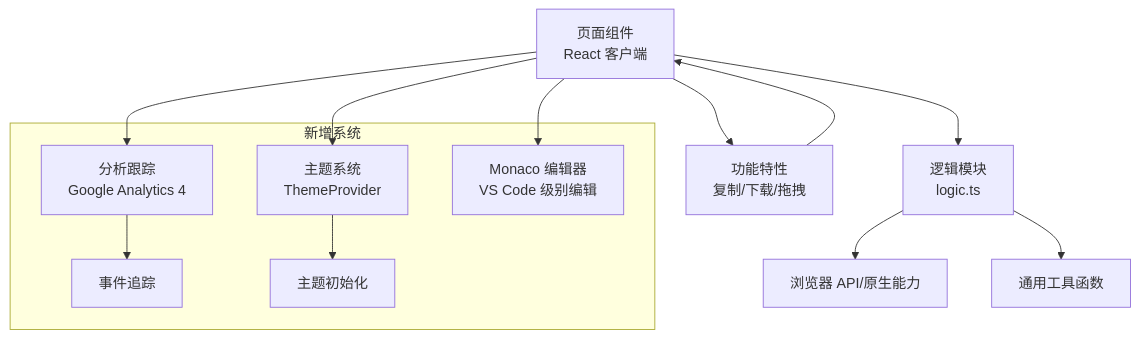
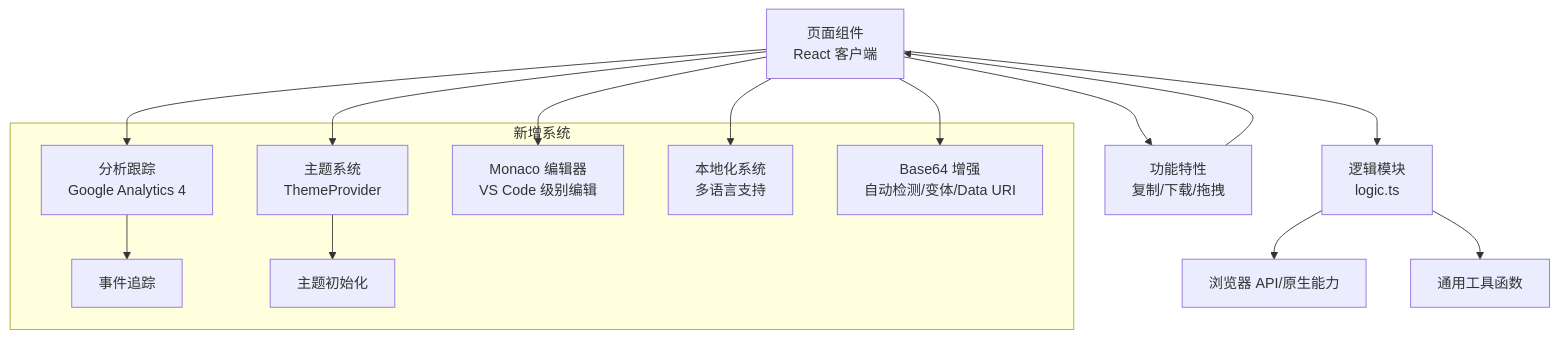
One commit to sgyy/privadeck changed the second of 3 diagrams in .qoder/repowiki/zh/content/开发者工具/开发者工具.md. Above: the diagram before and after it, drawn with Mermaid. The commit also changed other lines of this file and 5 other files, not shown here.

````diff
--- a/.qoder/repowiki/zh/content/开发者工具/开发者工具.md
+++ b/.qoder/repowiki/zh/content/开发者工具/开发者工具.md
@@ -163,16 +175,20 @@
 ```mermaid
 graph TB
 UI["页面组件<br/>React 客户端"] --> LOGIC["逻辑模块<br/>logic.ts"]
 LOGIC --> NATIVE["浏览器 API/原生能力"]
 LOGIC --> UTIL["通用工具函数"]
 subgraph "新增系统"
 ANALYTICS["分析跟踪<br/>Google Analytics 4"] --> TRACK["事件追踪"]
 THEME["主题系统<br/>ThemeProvider"] --> INIT["主题初始化"]
 MONACO["Monaco 编辑器<br/>VS Code 级别编辑"]
+LOCALIZATION["本地化系统<br/>多语言支持"]
+BASE64_ENHANCE["Base64 增强<br/>自动检测/变体/Data URI"]
 end
 UI --> FEAT["功能特性<br/>复制/下载/拖拽"]
-FEAT --> UI
 UI --> ANALYTICS
 UI --> THEME
 UI --> MONACO
+UI --> LOCALIZATION
+UI --> BASE64_ENHANCE
+FEAT --> UI
 ```
````
